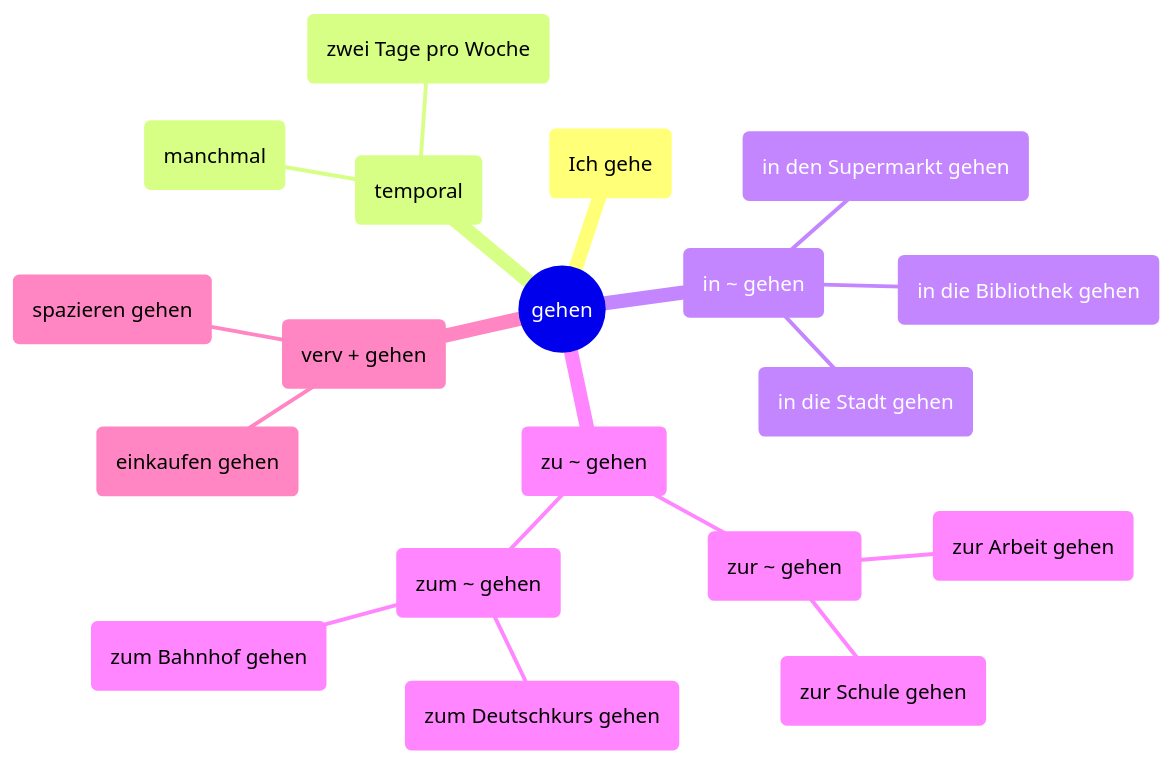
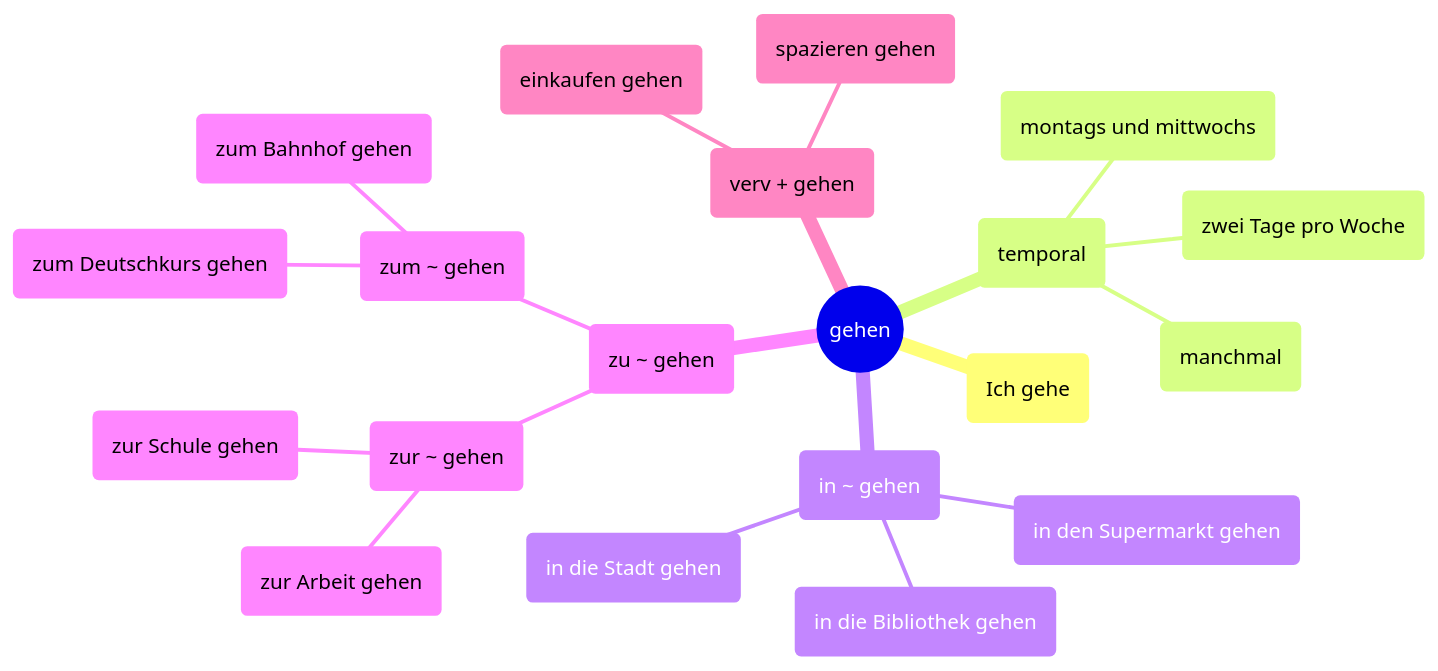
The sixth of 6 diagrams in Dutesch/deutsch.md (hyonsoku/mindmap), drawn with Mermaid before and after one commit. The commit also changed other lines of this file, not shown here.

Commit message:
Update gehen

````diff
--- a/Dutesch/deutsch.md
+++ b/Dutesch/deutsch.md
@@ -85,22 +85,23 @@
 ```mermaid
 mindmap
     root((gehen))
         (Ich gehe)
         (temporal)
             (manchmal)
             (zwei Tage pro Woche)
+            (montags und mittwochs)
         (in ~ gehen)
             (in den Supermarkt gehen)
             (in die Bibliothek gehen)
             (in die Stadt gehen)
         (zu ~ gehen)
             (zur ~ gehen)
                 (zur Arbeit gehen)
                 (zur Schule gehen)
             (zum ~ gehen)
                 (zum Deutschkurs gehen)
                 (zum Bahnhof gehen)
         (verv + gehen)
             (einkaufen gehen)
             (spazieren gehen)
 ```
````
